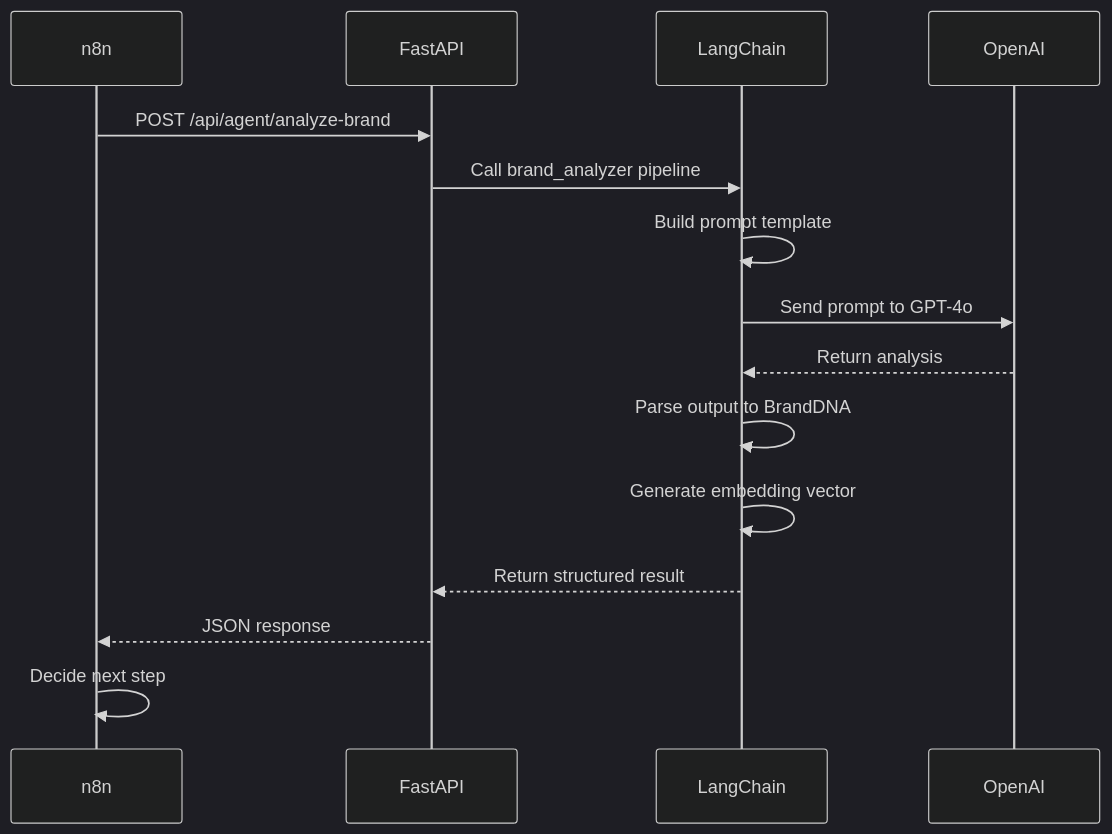
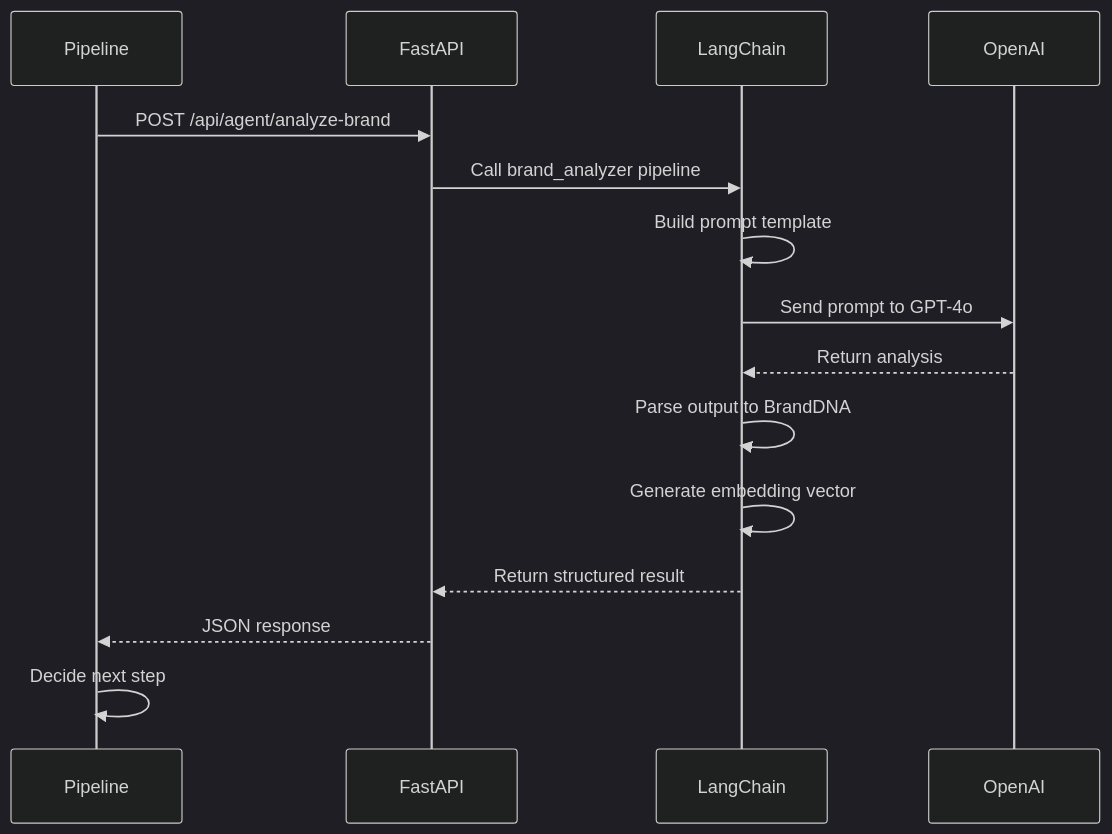
The fourth of 4 diagrams in docs/Agents_Documentation.md (ela-ravi/modern-partner-scout), drawn with Mermaid (dark theme) before and after one commit. The commit also changed other lines of this file and 44 other files, not shown here.

````diff
--- a/docs/Agents_Documentation.md
+++ b/docs/Agents_Documentation.md
@@ -601,18 +599,18 @@
 ```mermaid
 sequenceDiagram
-    participant N as n8n
+    participant P as Pipeline
     participant F as FastAPI
     participant L as LangChain
     participant O as OpenAI
 
-    N->>F: POST /api/agent/analyze-brand
+    P->>F: POST /api/agent/analyze-brand
     F->>L: Call brand_analyzer pipeline
     L->>L: Build prompt template
     L->>O: Send prompt to GPT-4o
     O-->>L: Return analysis
     L->>L: Parse output to BrandDNA
     L->>L: Generate embedding vector
     L-->>F: Return structured result
-    F-->>N: JSON response
-    N->>N: Decide next step
+    F-->>P: JSON response
+    P->>P: Decide next step
 ```
````
